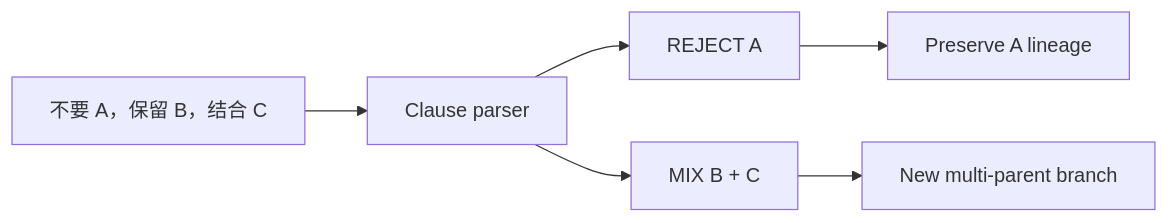
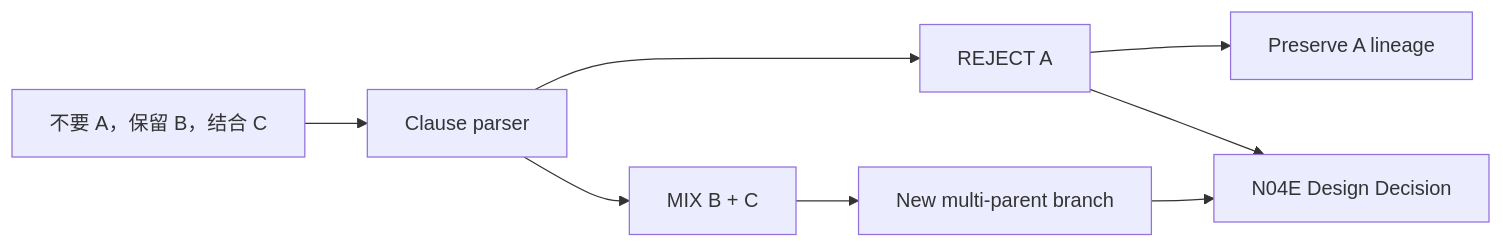
One commit to Jiaosong/Design changed the second of 3 diagrams in product-docs/v0.3/nodes/N10B_HUMAN_STEER.md. Above: the diagram before and after it, drawn with Mermaid. The commit also changed other lines of this file and 71 other files, not shown here.

````diff
--- a/product-docs/v0.3/nodes/N10B_HUMAN_STEER.md
+++ b/product-docs/v0.3/nodes/N10B_HUMAN_STEER.md
@@ -43,8 +43,10 @@
 ```mermaid
 flowchart LR
     U["不要 A，保留 B，结合 C"] --> P[Clause parser]
     P --> R[REJECT A]
     P --> M[MIX B + C]
     R --> L[Preserve A lineage]
     M --> N[New multi-parent branch]
+    R --> D[N04E Design Decision]
+    N --> D
 ```
````
